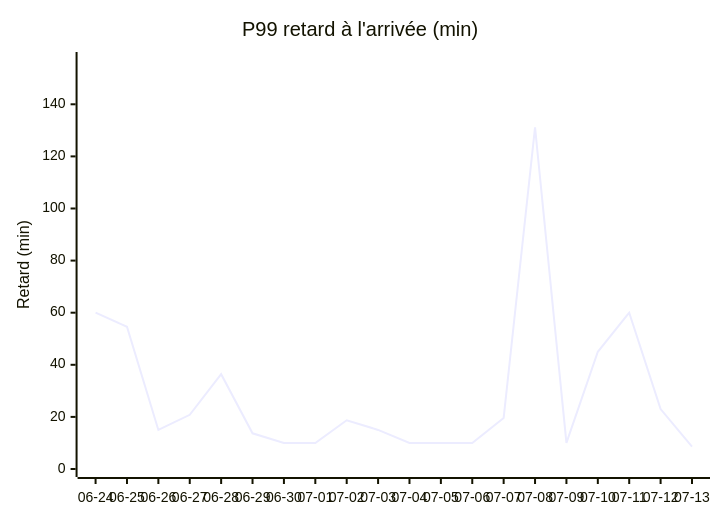
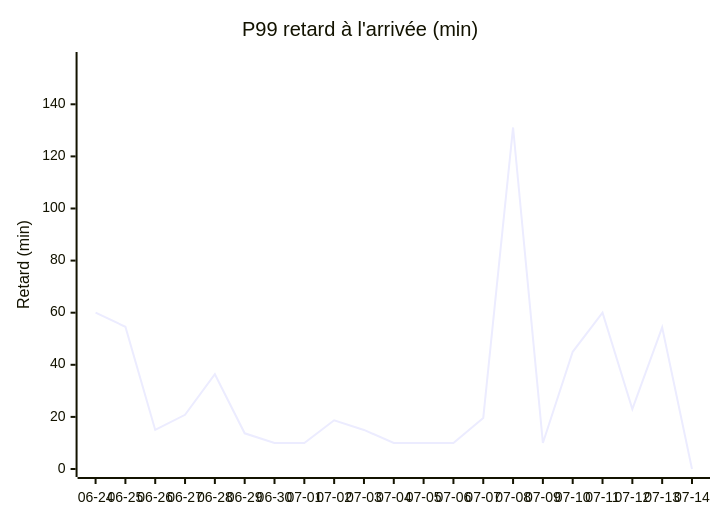
The second of 4 diagrams in STATS.md (antoinerep/horaire-ter), drawn with Mermaid before and after one commit. The commit also changed other lines of this file and 1 other file, not shown here.

````diff
--- a/STATS.md
+++ b/STATS.md
@@ -39,7 +39,7 @@
 ```mermaid
 xychart-beta
     title "P99 retard à l'arrivée (min)"
-    x-axis ["06-24", "06-25", "06-26", "06-27", "06-28", "06-29", "06-30", "07-01", "07-02", "07-03", "07-04", "07-05", "07-06", "07-07", "07-08", "07-09", "07-10", "07-11", "07-12", "07-13"]
+    x-axis ["06-24", "06-25", "06-26", "06-27", "06-28", "06-29", "06-30", "07-01", "07-02", "07-03", "07-04", "07-05", "07-06", "07-07", "07-08", "07-09", "07-10", "07-11", "07-12", "07-13", "07-14"]
     y-axis "Retard (min)" 0 --> 157
-    line [60.0, 54.6, 15.0, 20.8, 36.4, 13.7, 10.0, 10.0, 18.7, 15.0, 10.0, 10.0, 10.0, 19.6, 131.1, 10.0, 45.0, 60.0, 23.0, 8.6]
+    line [60.0, 54.6, 15.0, 20.8, 36.4, 13.7, 10.0, 10.0, 18.7, 15.0, 10.0, 10.0, 10.0, 19.6, 131.1, 10.0, 45.0, 60.0, 23.0, 54.4, 0.0]
 ```
````
